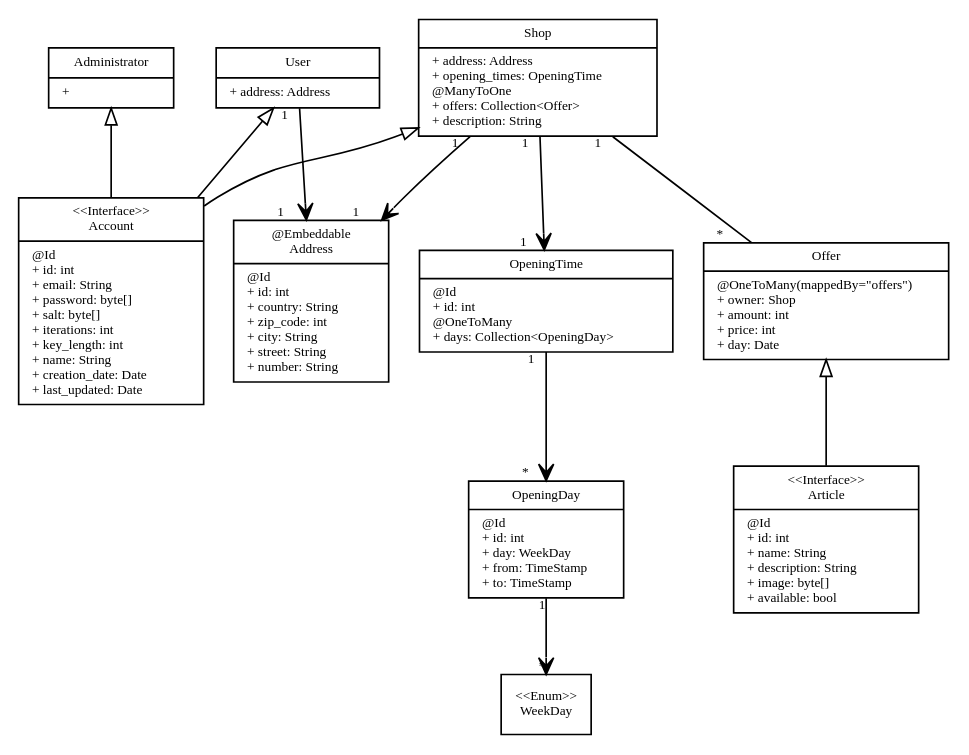
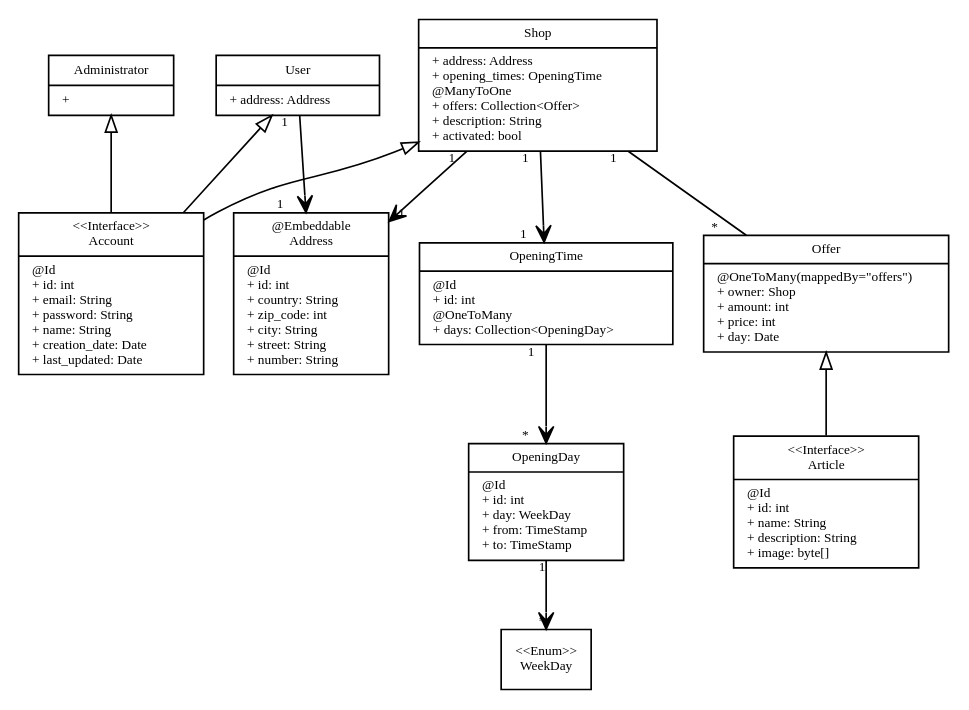
Before and after one commit to vbrandl/tidli: the diagram in docs/tidli.dot, drawn with Graphviz. The commit also changed 1 other file, not shown here.

```diff
--- a/docs/tidli.dot
+++ b/docs/tidli.dot
@@ -1,126 +1,123 @@
 digraph G {
 	fontname = "Inconsolata"
 	fontsize = 8
 
 	node [
 		fontname = "Inconsolata"
 		fontsize = 8
 		shape = "record"
 	]
 
 	edge [
 		fontname = "Inconsolata"
 		fontsize = 8
 		arrowtail = "empty"
 	]
 
 	Account [
 		label = "{\<\<Interface\>\>\n
 		Account|
 		@Id\l
 		+ id: int\l
 		+ email: String\l
-		+ password: byte[]\l
-		+ salt: byte[]\l
-		+ iterations: int\l
-		+ key_length: int\l
+		+ password: String\l
 		+ name: String\l
 		+ creation_date: Date\l
 		+ last_updated: Date\l
 		}"
 	]
 
 	Shop [
 		label = "{Shop|
 		+ address: Address\l
 		+ opening_times: OpeningTime\l
 		@ManyToOne\l
 		+ offers: Collection\<Offer\>\l
 		+ description: String\l
+		+ activated: bool\l
 		}"
 	]
 
 	User [
 		label = "{User|
 		+ address: Address\l
 		}"
 	]
 
 	OpeningTime [
 		label = "{OpeningTime|
 		@Id\l
 		+ id: int\l
 		@OneToMany\l
 		+ days: Collection\<OpeningDay\>\l
 		}"
 	]
 
 	OpeningDay [
 		label = "{OpeningDay|
 		@Id\l
 		+ id: int\l
 		+ day: WeekDay\l
 		+ from: TimeStamp\l
 		+ to: TimeStamp\l
 		}"
 	]
 
 	OpeningDay -> WeekDay [arrowhead=vee taillabel="1" headlabel="*"]
 
 	WeekDay [
 		label ="{\<\<Enum\>\>\n
 		WeekDay
 		}"
 	]
 
 	Address [
 		label = "{@Embeddable\n
 		Address|
 		@Id\l
 		+ id: int\l
 		+ country: String\l
 		+ zip_code: int\l
 		+ city: String\l
 		+ street: String\l
 		+ number: String\l
 		}"
 	]
 
 	Administrator [
 		label = "{Administrator|
 		+ \l
 		}"
 	]
 
 	Article [
 		label = "{\<\<Interface\>\>\n
 		Article|
 		@Id\l
 		+ id: int\l
 		+ name: String\l
 		+ description: String\l
 		+ image: byte[]\l
-		+ available: bool\l
 		}"
 	]
 
 	Offer [
 		label = "{Offer|
 		@OneToMany(mappedBy=\"offers\")\l
 		+ owner: Shop\l
 		+ amount: int\l
 		+ price: int\l
 		+ day: Date\l
 		}"
 	]
 
 	Administrator -> Account [dir=back]
 	Shop -> Account [dir=back]
 	User -> Account [dir=back]
 	OpeningTime -> OpeningDay [arrowhead=vee headlabel="*   " taillabel="1  "]
 	Shop -> OpeningTime [arrowhead=vee headlabel="1   " taillabel="1  "]
 	Shop -> Address [arrowhead=vee headlabel="1    " taillabel="1  "]
 	User -> Address [arrowhead=vee headlabel="1    " taillabel="1  "]
 	Offer -> Article [dir=back]
 	Shop -> Offer [dir=none headlabel="*     " taillabel="1  "]
 }
```
